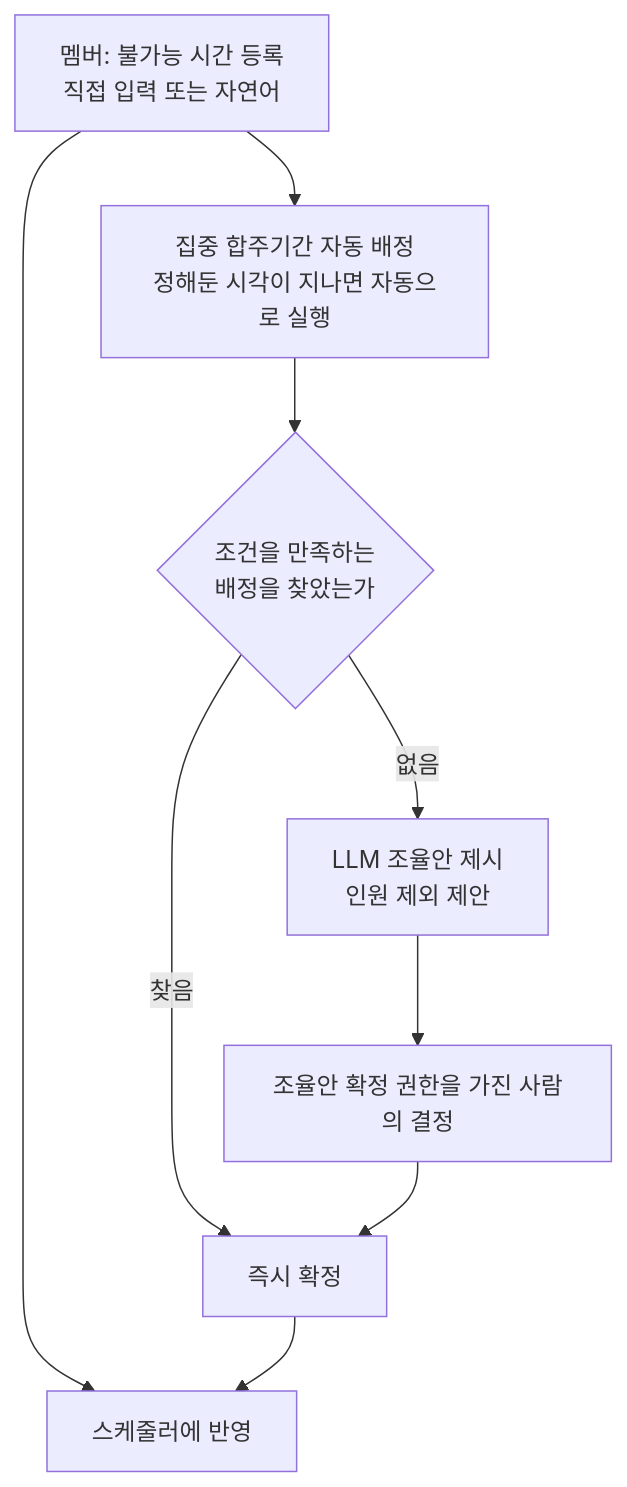
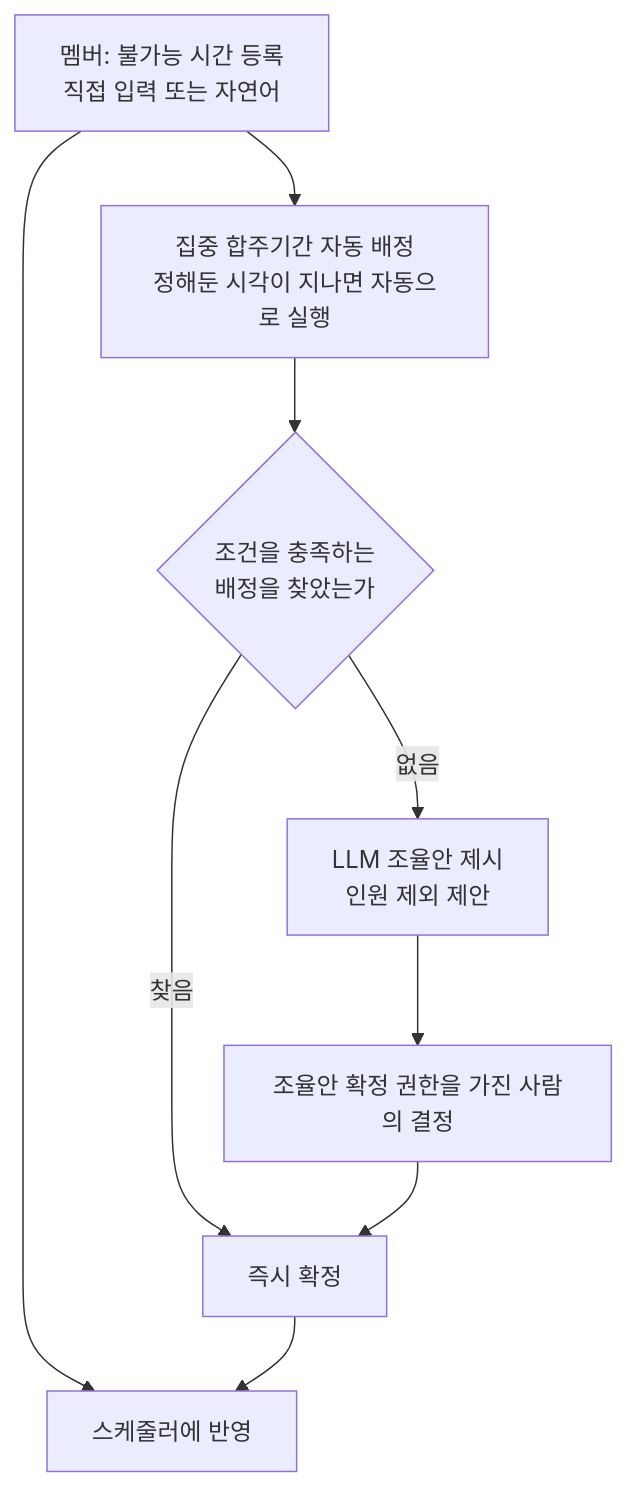
The diagram in .cluedoc/README.md (minkong-dev/Banblit), drawn with Mermaid before and after one commit. The commit also changed other lines of this file and 28 other files, not shown here.

````diff
--- a/.cluedoc/README.md
+++ b/.cluedoc/README.md
@@ -8,11 +8,11 @@
 ```mermaid
 flowchart TD
     M[멤버: 불가능 시간 등록<br/>직접 입력 또는 자연어] --> S[스케줄러에 반영]
     M --> AA[집중 합주기간 자동 배정<br/>정해둔 시각이 지나면 자동으로 실행]
-    AA --> Q{조건을 만족하는<br/>배정을 찾았는가}
+    AA --> Q{조건을 충족하는<br/>배정을 찾았는가}
     Q -->|찾음| C[즉시 확정]
     Q -->|없음| L[LLM 조율안 제시<br/>인원 제외 제안]
     L --> H[조율안 확정 권한을 가진 사람의 결정]
     H --> C
     C --> S
 ```
````
